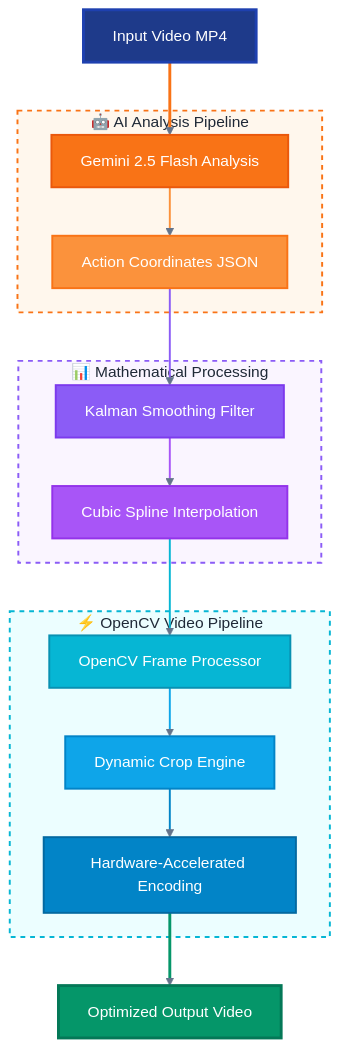
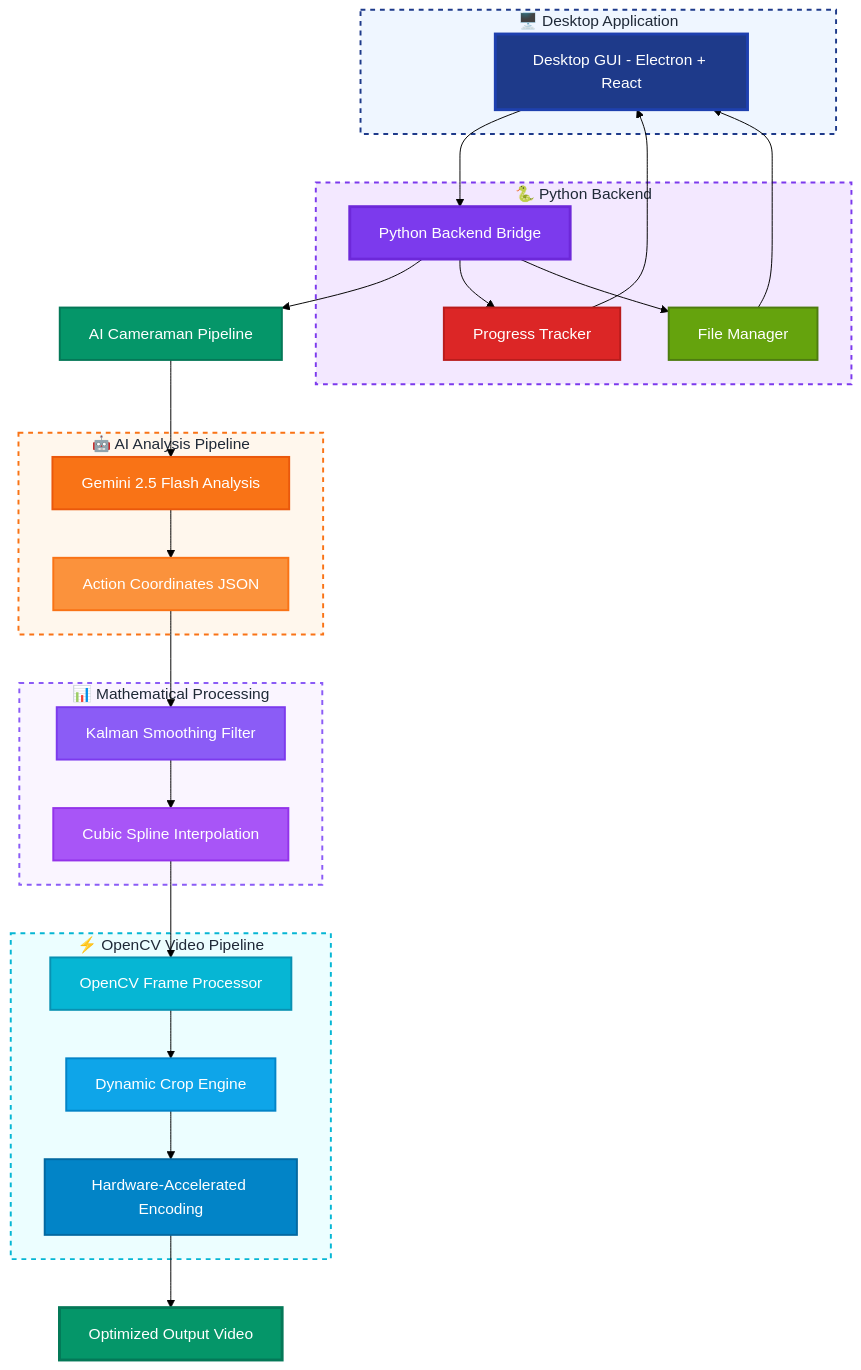
The diagram in README.md (koji0701/cameraman-ai-agent), drawn with Mermaid (forest theme) before and after one commit. The commit also changed other lines of this file, not shown here.

Commit message:
update readme with gui

````diff
--- a/README.md
+++ b/README.md
@@ -29,54 +37,65 @@
 ```mermaid
 graph TD
-    A[Input Video MP4] --> B[Gemini 2.5 Flash Analysis]
-    B --> C[Action Coordinates JSON]
-    C --> D[Kalman Smoothing Filter]
-    D --> E[Cubic Spline Interpolation]
-    E --> F[OpenCV Frame Processor]
-    F --> G[Dynamic Crop Engine]
-    G --> H[Hardware-Accelerated Encoding]
-    H --> I[Optimized Output Video]
+    A[Desktop GUI - Electron + React] --> B[Python Backend Bridge]
+    B --> C[AI Cameraman Pipeline]
+    C --> D[Gemini 2.5 Flash Analysis]
+    D --> E[Action Coordinates JSON]
+    E --> F[Kalman Smoothing Filter]
+    F --> G[Cubic Spline Interpolation]
+    G --> H[OpenCV Frame Processor]
+    H --> I[Dynamic Crop Engine]
+    I --> J[Hardware-Accelerated Encoding]
+    J --> K[Optimized Output Video]
+    B --> L[Progress Tracker]
+    B --> M[File Manager]
+    L --> A
+    M --> A
+    
+    subgraph GUI ["🖥️ Desktop Application"]
+        A
+    end
+    
+    subgraph BACKEND ["🐍 Python Backend"]
+        B
+        L
+        M
+    end
     
     subgraph AI ["🤖 AI Analysis Pipeline"]
-        B
-        C
-    end
-    
-    subgraph MATH ["📊 Mathematical Processing"]
         D
         E
     end
     
-    subgraph OPENCV ["⚡ OpenCV Video Pipeline"]
+    subgraph MATH ["📊 Mathematical Processing"]
         F
         G
+    end
+    
+    subgraph OPENCV ["⚡ OpenCV Video Pipeline"]
         H
+        I
+        J
     end
     
     %% Modern color scheme with gradients and contemporary palette
     style A fill:#1e3a8a,stroke:#1e40af,stroke-width:3px,color:#ffffff
-    style B fill:#f97316,stroke:#ea580c,stroke-width:2px,color:#ffffff
-    style C fill:#fb923c,stroke:#f97316,stroke-width:2px,color:#ffffff
-    style D fill:#8b5cf6,stroke:#7c3aed,stroke-width:2px,color:#ffffff
-    style E fill:#a855f7,stroke:#9333ea,stroke-width:2px,color:#ffffff
-    style F fill:#06b6d4,stroke:#0891b2,stroke-width:2px,color:#ffffff
-    style G fill:#0ea5e9,stroke:#0284c7,stroke-width:2px,color:#ffffff
-    style H fill:#0284c7,stroke:#0369a1,stroke-width:2px,color:#ffffff
-    style I fill:#059669,stroke:#047857,stroke-width:3px,color:#ffffff
+    style B fill:#7c3aed,stroke:#6d28d9,stroke-width:3px,color:#ffffff
+    style C fill:#059669,stroke:#047857,stroke-width:2px,color:#ffffff
+    style D fill:#f97316,stroke:#ea580c,stroke-width:2px,color:#ffffff
+    style E fill:#fb923c,stroke:#f97316,stroke-width:2px,color:#ffffff
+    style F fill:#8b5cf6,stroke:#7c3aed,stroke-width:2px,color:#ffffff
+    style G fill:#a855f7,stroke:#9333ea,stroke-width:2px,color:#ffffff
+    style H fill:#06b6d4,stroke:#0891b2,stroke-width:2px,color:#ffffff
+    style I fill:#0ea5e9,stroke:#0284c7,stroke-width:2px,color:#ffffff
+    style J fill:#0284c7,stroke:#0369a1,stroke-width:2px,color:#ffffff
+    style K fill:#059669,stroke:#047857,stroke-width:3px,color:#ffffff
+    style L fill:#dc2626,stroke:#b91c1c,stroke-width:2px,color:#ffffff
+    style M fill:#65a30d,stroke:#4d7c0f,stroke-width:2px,color:#ffffff
     
     %% Subgraph styling with modern gradients
+    style GUI fill:#eff6ff,stroke:#1e3a8a,stroke-width:2px,stroke-dasharray: 5 5,color:#1f2937
+    style BACKEND fill:#f3e8ff,stroke:#7c3aed,stroke-width:2px,stroke-dasharray: 5 5,color:#1f2937
     style AI fill:#fff7ed,stroke:#f97316,stroke-width:2px,stroke-dasharray: 5 5,color:#1f2937
     style MATH fill:#faf5ff,stroke:#8b5cf6,stroke-width:2px,stroke-dasharray: 5 5,color:#1f2937
     style OPENCV fill:#ecfeff,stroke:#06b6d4,stroke-width:2px,stroke-dasharray: 5 5,color:#1f2937
-    
-    %% Connection styling
-    linkStyle default stroke:#64748b,stroke-width:2px
-    linkStyle 0 stroke:#f97316,stroke-width:3px
-    linkStyle 1 stroke:#fb923c,stroke-width:2px
-    linkStyle 2 stroke:#8b5cf6,stroke-width:2px
-    linkStyle 3 stroke:#a855f7,stroke-width:2px
-    linkStyle 4 stroke:#06b6d4,stroke-width:2px
-    linkStyle 5 stroke:#0ea5e9,stroke-width:2px
-    linkStyle 6 stroke:#0284c7,stroke-width:2px
-    linkStyle 7 stroke:#059669,stroke-width:3px
 ```
````
